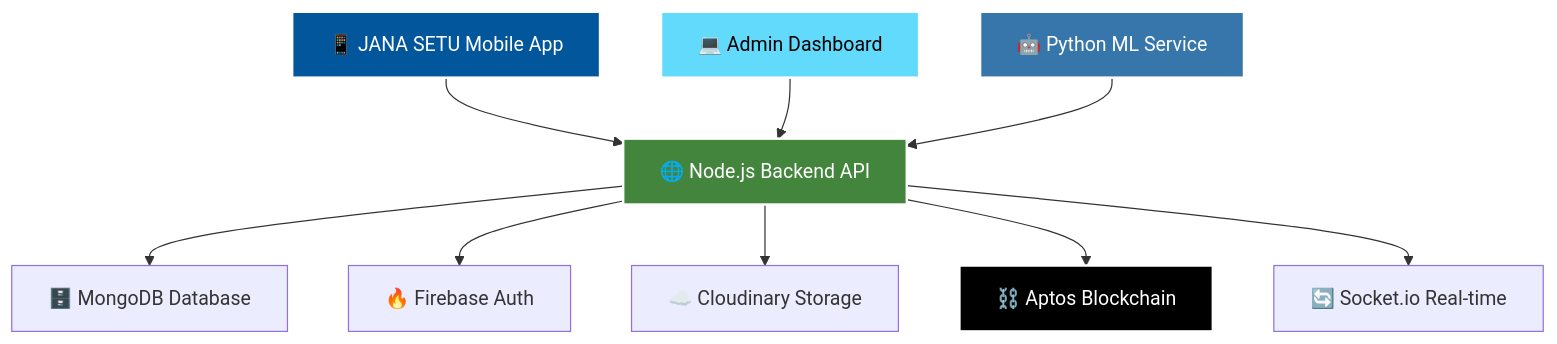
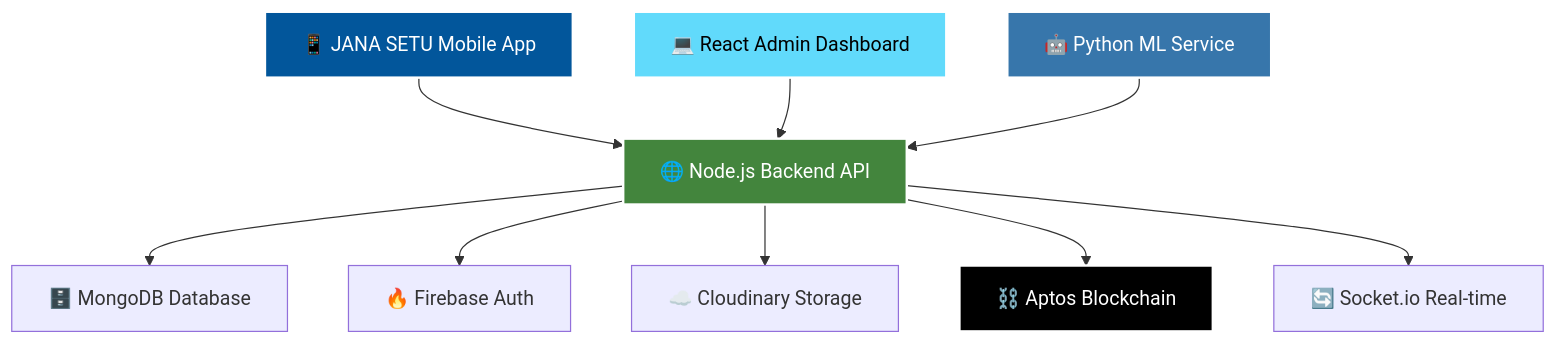
One commit to HARICH529/Fortex36 changed the diagram in README.md. Above: the diagram before and after it, drawn with Mermaid. The commit also changed other lines of this file, not shown here.

````diff
--- a/README.md
+++ b/README.md
@@ -129,17 +67,17 @@
 ```mermaid
 graph TB
     A[📱 JANA SETU Mobile App] --> D[🌐 Node.js Backend API]
-    B[💻 Admin Dashboard] --> D
+    B[💻 React Admin Dashboard] --> D
     C[🤖 Python ML Service] --> D
     D --> E[🗄️ MongoDB Database]
     D --> F[🔥 Firebase Auth]
     D --> G[☁️ Cloudinary Storage]
     D --> H[⛓️ Aptos Blockchain]
     D --> I[🔄 Socket.io Real-time]
     
     style A fill:#02569B,stroke:#fff,stroke-width:2px,color:#fff
     style B fill:#61DAFB,stroke:#fff,stroke-width:2px,color:#000
     style C fill:#3776AB,stroke:#fff,stroke-width:2px,color:#fff
     style D fill:#43853D,stroke:#fff,stroke-width:2px,color:#fff
     style H fill:#000000,stroke:#fff,stroke-width:2px,color:#fff
 ```
````
